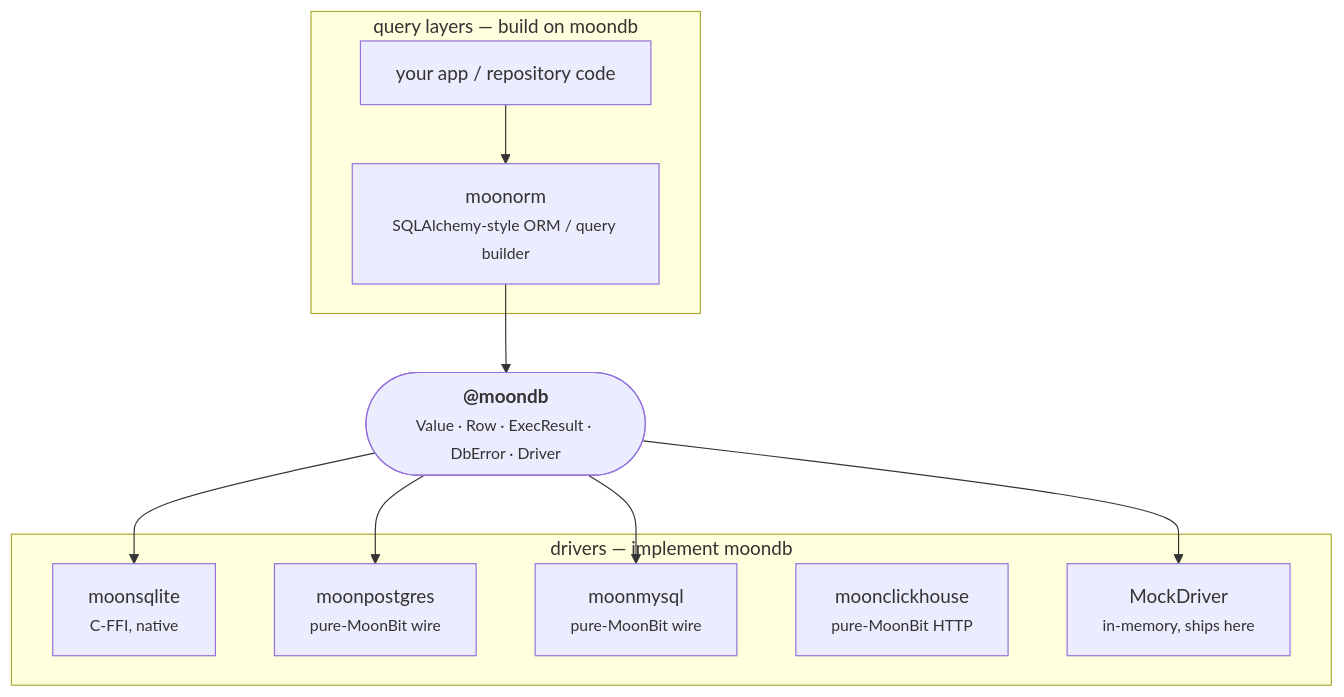
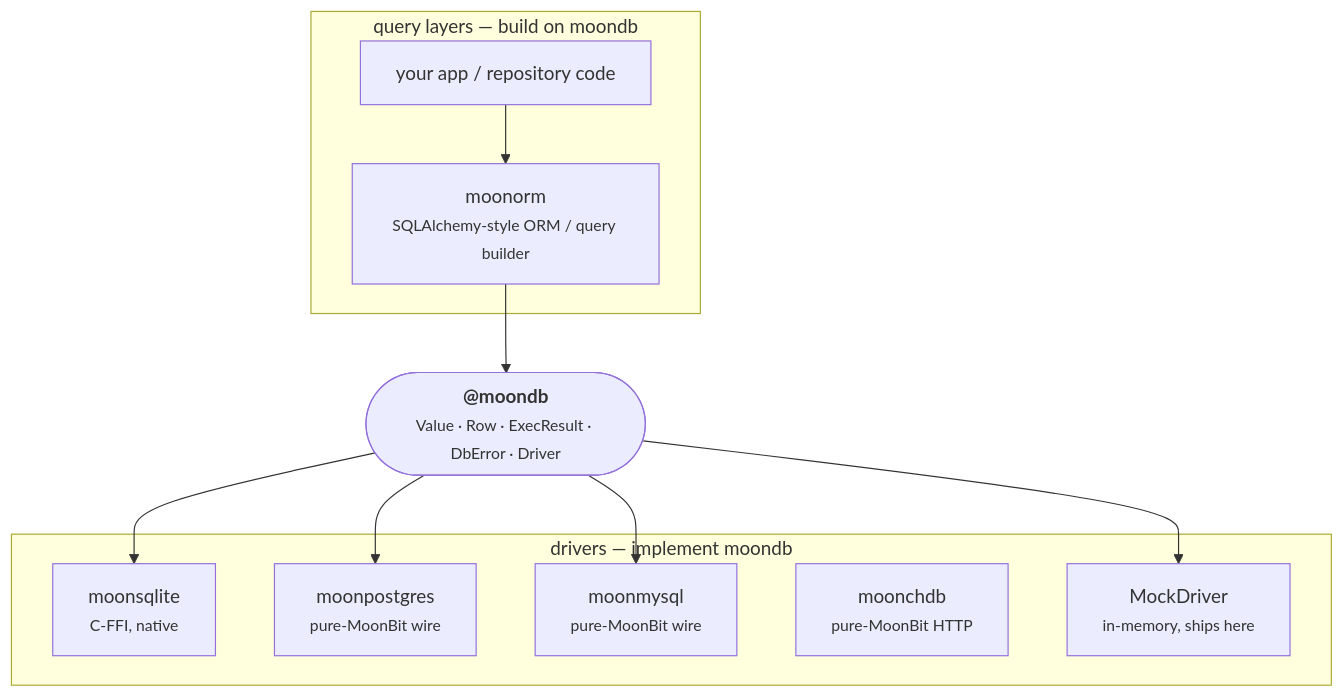
The diagram in README.md (moonbitstack/moondb), drawn with Mermaid before and after one commit. The commit also changed other lines of this file and 24 other files, not shown here.

````diff
--- a/README.md
+++ b/README.md
@@ -23,20 +23,20 @@
 ```mermaid
 flowchart TD
     subgraph layers["query layers — build on moondb"]
       ORM["moonorm<br/><small>SQLAlchemy-style ORM / query builder</small>"]
       APP["your app / repository code"]
     end
     IFACE(["<b>@moondb</b><br/><small>Value · Row · ExecResult · DbError · Driver</small>"])
     subgraph drivers["drivers — implement moondb"]
       SQLITE["moonsqlite<br/><small>C-FFI, native</small>"]
       PG["moonpostgres<br/><small>pure-MoonBit wire</small>"]
       MYSQL["moonmysql<br/><small>pure-MoonBit wire</small>"]
-      CH["moonclickhouse<br/><small>pure-MoonBit HTTP</small>"]
+      CH["moonchdb<br/><small>pure-MoonBit HTTP</small>"]
       MOCK["MockDriver<br/><small>in-memory, ships here</small>"]
     end
     APP --> ORM --> IFACE
     IFACE --> SQLITE
     IFACE --> PG
     IFACE --> MYSQL
     IFACE --> MOCK
 ```
````
